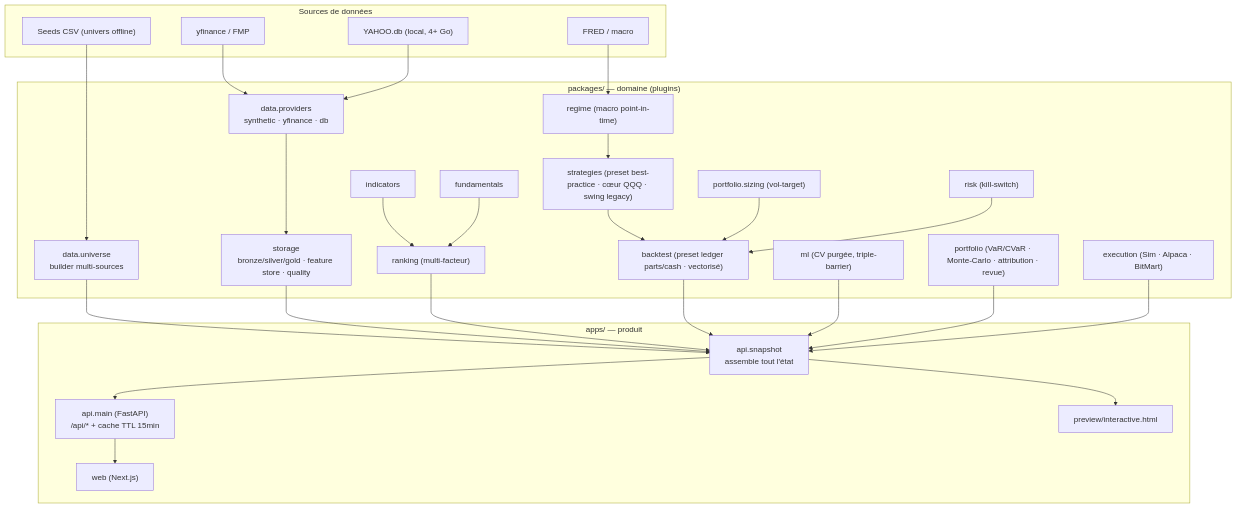
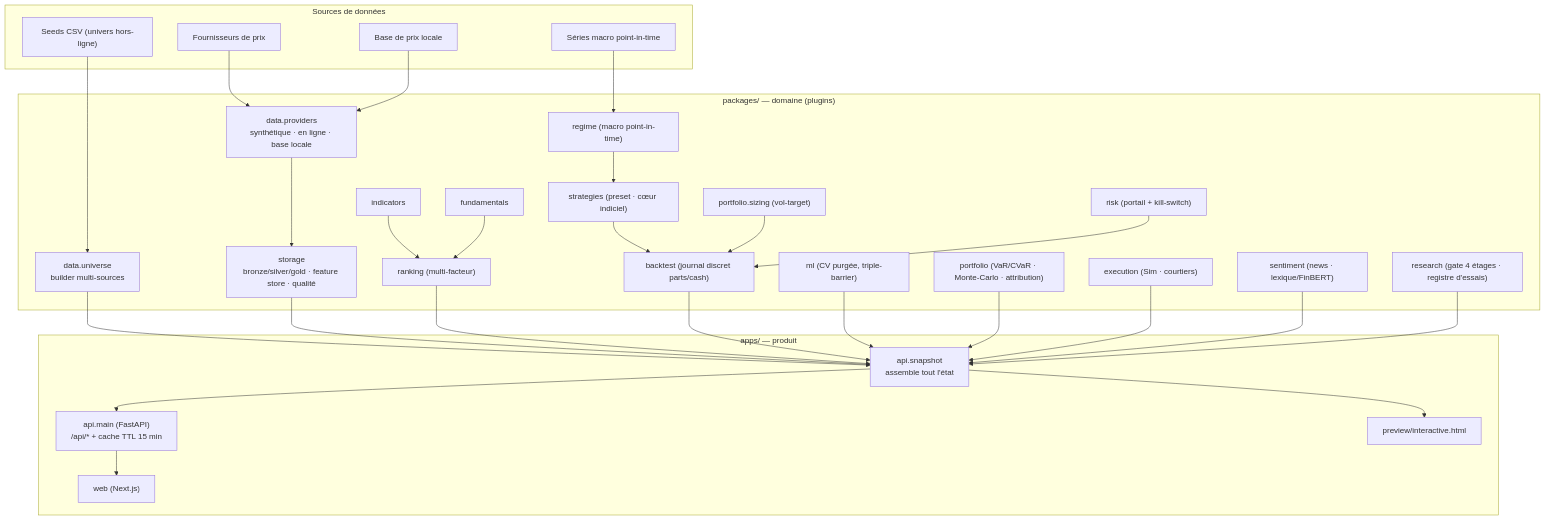
Before and after one commit to 7noctis7/Screening-Trading: the diagram in README.md, drawn with Mermaid. The commit also changed other lines of this file and 50 other files, not shown here.

````diff
--- a/README.md
+++ b/README.md
@@ -92,29 +66,31 @@
 ```mermaid
 flowchart TD
   subgraph SRC["Sources de données"]
-    SEED["Seeds CSV (univers offline)"]; YF["yfinance / FMP"]; YAHOO["YAHOO.db (local, 4+ Go)"]; FRED["FRED / macro"]
+    SEED["Seeds CSV (univers hors-ligne)"]; YF["Fournisseurs de prix"]
+    LOCAL["Base de prix locale"]; MACRO["Séries macro point-in-time"]
   end
   subgraph CORE["packages/ — domaine (plugins)"]
     UNIV["data.universe<br/>builder multi-sources"]
-    PROV["data.providers<br/>synthetic · yfinance · db"]
-    STORE["storage<br/>bronze/silver/gold · feature store · quality"]
+    PROV["data.providers<br/>synthétique · en ligne · base locale"]
+    STORE["storage<br/>bronze/silver/gold · feature store · qualité"]
     IND["indicators"]; FUND["fundamentals"]; RANK["ranking (multi-facteur)"]
-    REG["regime (macro point-in-time)"]; STRAT["strategies (preset best-practice · cœur QQQ · swing legacy)"]
-    SIZE["portfolio.sizing (vol-target)"]; RISK["risk (kill-switch)"]
-    BT["backtest (preset ledger parts/cash · vectorisé)"]; EXEC["execution (Sim · Alpaca · BitMart)"]
-    ML["ml (CV purgée, triple-barrier)"]; PORT["portfolio (VaR/CVaR · Monte-Carlo · attribution · revue)"]
+    REG["regime (macro point-in-time)"]; STRAT["strategies (preset · cœur indiciel)"]
+    SIZE["portfolio.sizing (vol-target)"]; RISK["risk (portail + kill-switch)"]
+    BT["backtest (journal discret parts/cash)"]; EXEC["execution (Sim · courtiers)"]
+    ML["ml (CV purgée, triple-barrier)"]; PORT["portfolio (VaR/CVaR · Monte-Carlo · attribution)"]
+    SENT["sentiment (news · lexique/FinBERT)"]; RES["research (gate 4 étages · registre d'essais)"]
   end
   subgraph APP["apps/ — produit"]
     SNAP["api.snapshot<br/>assemble tout l'état"]
-    API["api.main (FastAPI)<br/>/api/* + cache TTL 15min"]
+    API["api.main (FastAPI)<br/>/api/* + cache TTL 15 min"]
     WEB["web (Next.js)"]; PREV["preview/interactive.html"]
   end
-  SEED --> UNIV; YF --> PROV; YAHOO --> PROV; FRED --> REG
+  SEED --> UNIV; YF --> PROV; LOCAL --> PROV; MACRO --> REG
   UNIV --> SNAP; PROV --> STORE --> SNAP
   IND & FUND --> RANK --> SNAP
   REG --> STRAT --> BT --> SNAP
   SIZE & RISK --> BT
-  ML --> SNAP; PORT --> SNAP; EXEC --> SNAP
+  ML --> SNAP; PORT --> SNAP; EXEC --> SNAP; SENT --> SNAP; RES --> SNAP
   SNAP --> API --> WEB
   SNAP --> PREV
 ```
````
